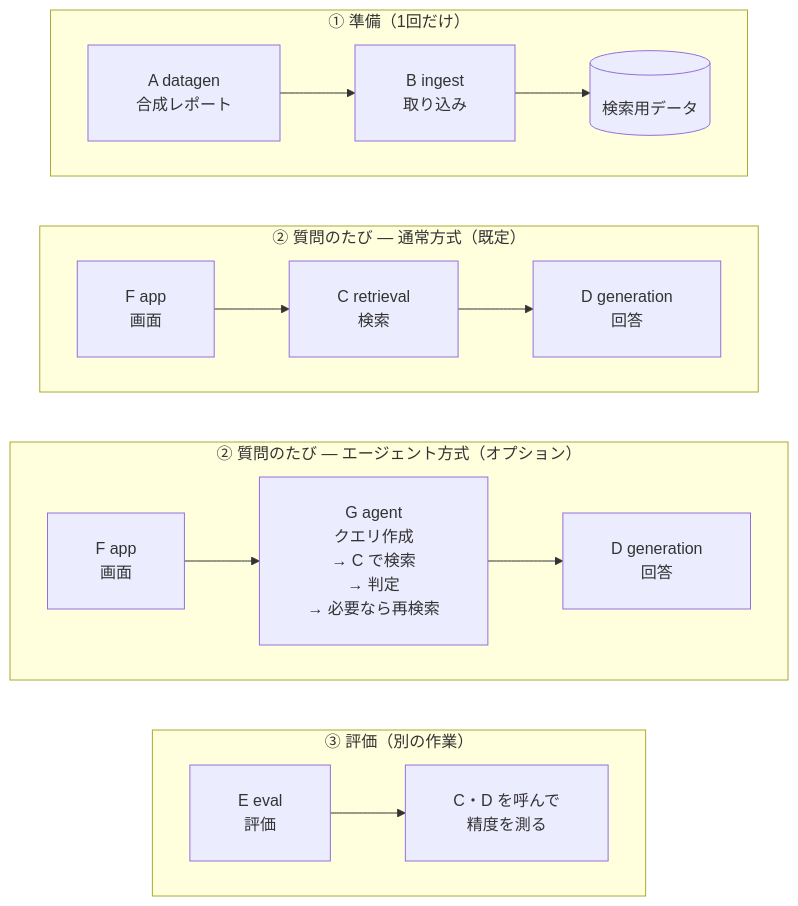
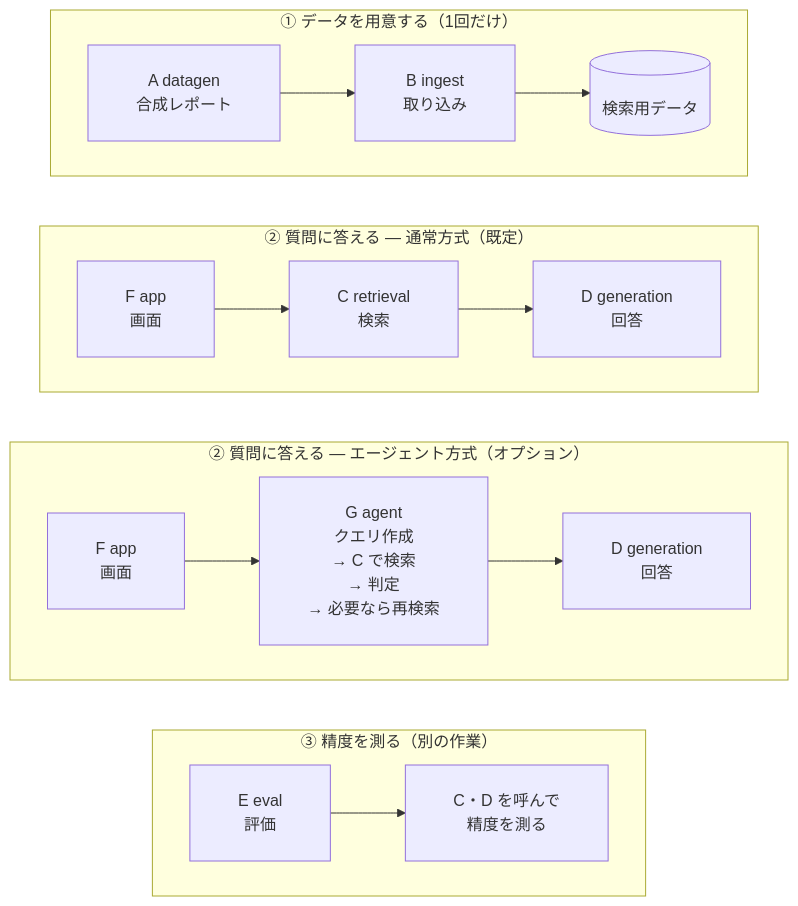
Before and after one commit to satoshi-abe-dev/silo-rag: the first of 3 diagrams in README_ja.md, drawn with Mermaid. The commit also changed other lines of this file and 1 other file, not shown here.

Commit message:
Name each part of the architecture picture by what it does
'Every question' only said when a part runs, not what it does. Use
'Answer a question', 'Prepare the data' and 'Measure accuracy' in the diagram
titles and in the three bullets under it, in both languages.

````diff
--- a/README_ja.md
+++ b/README_ja.md
@@ -125,23 +125,23 @@
 ```mermaid
 %%{init: {"flowchart": {"padding": 24, "wrappingWidth": 400}}}%%
 graph TB
-    subgraph prep["① 準備（1回だけ）"]
+    subgraph prep["① データを用意する（1回だけ）"]
         direction LR
         A["A datagen<br/>合成レポート"] --> B["B ingest<br/>取り込み"] --> DB[("検索用データ")]
     end
-    subgraph plain["② 質問のたび ― 通常方式（既定）"]
+    subgraph plain["② 質問に答える ― 通常方式（既定）"]
         direction LR
         F1["F app<br/>画面"] --> C1["C retrieval<br/>検索"] --> D1["D generation<br/>回答"]
     end
-    subgraph agent["② 質問のたび ― エージェント方式（オプション）"]
+    subgraph agent["② 質問に答える ― エージェント方式（オプション）"]
         direction LR
         F2["F app<br/>画面"] --> G["G agent<br/>クエリ作成<br/>→ C で検索<br/>→ 判定<br/>→ 必要なら再検索"] --> D2["D generation<br/>回答"]
     end
-    subgraph ev["③ 評価（別の作業）"]
+    subgraph ev["③ 精度を測る（別の作業）"]
         direction LR
         E["E eval<br/>評価"] --> CD["C・D を呼んで<br/>精度を測る"]
     end
     prep ~~~ plain
     plain ~~~ agent
     agent ~~~ ev
 ```
````
